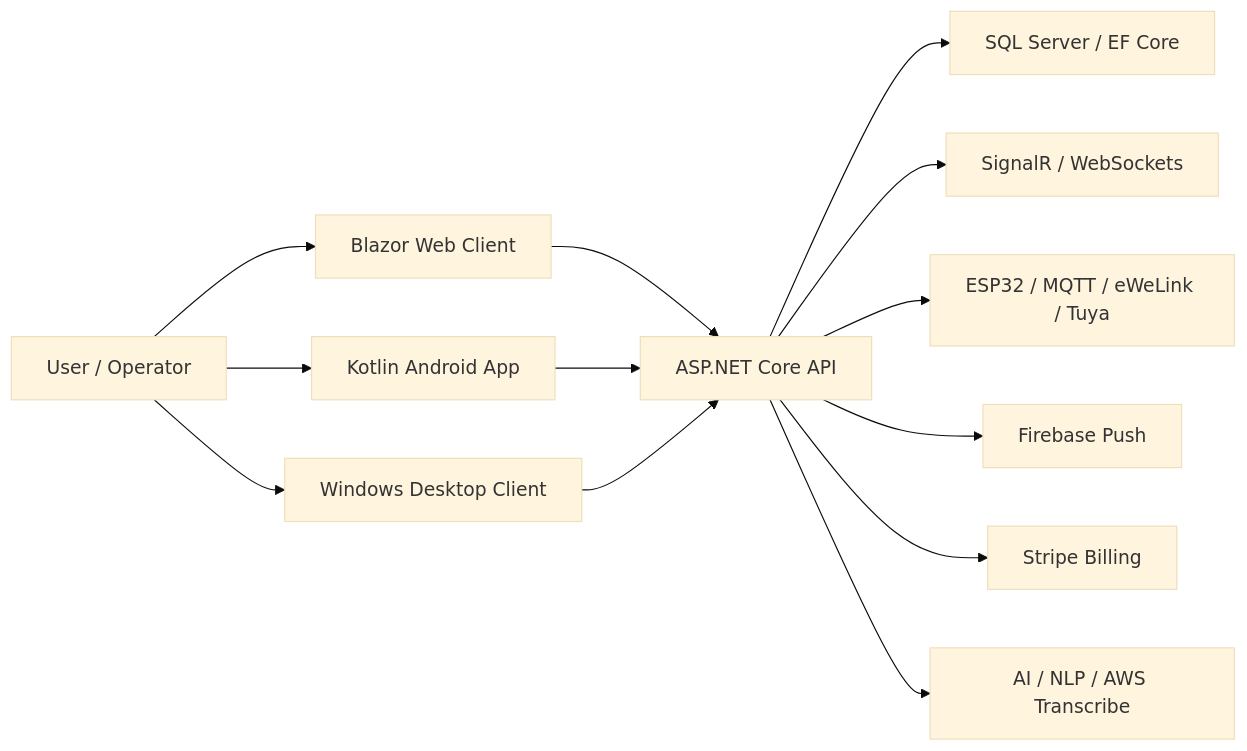
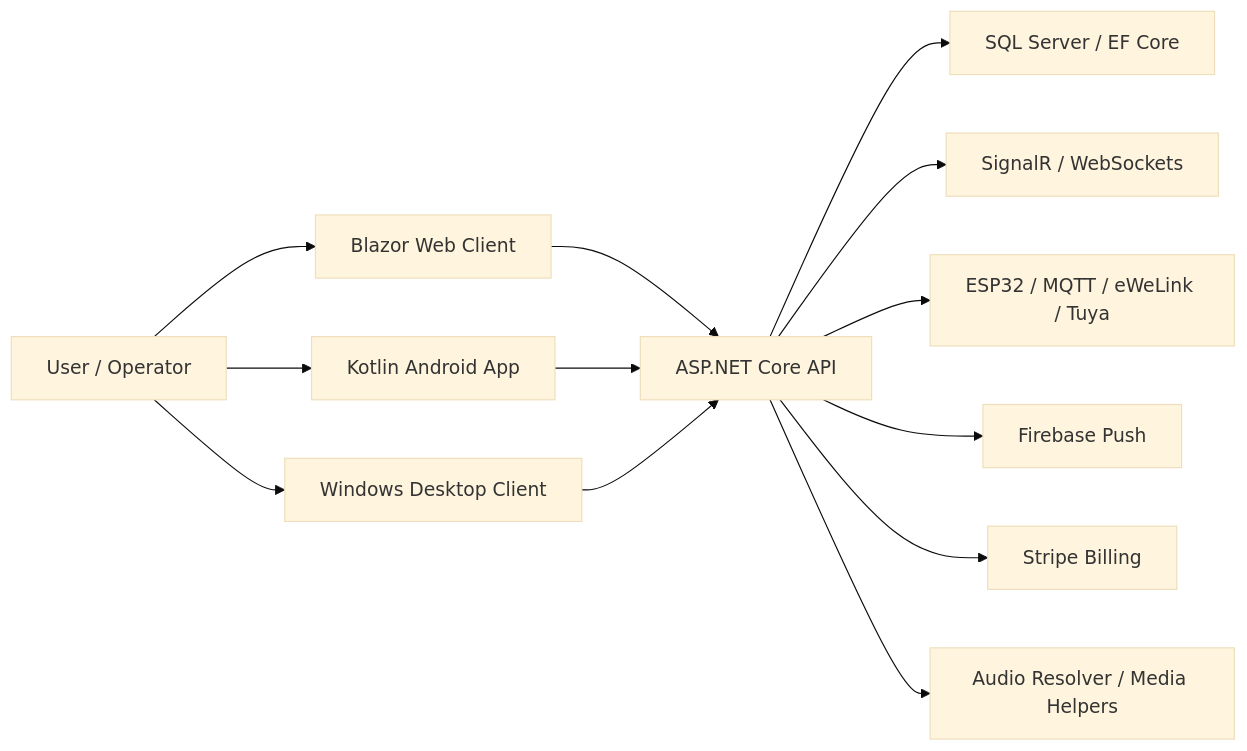
One commit to Starkaid01/StarkAidApi changed the diagram in README.md. Above: the diagram before and after it, drawn with Mermaid (base theme). The commit also changed other lines of this file and 94 other files, not shown here.

````diff
--- a/README.md
+++ b/README.md
@@ -165,17 +153,17 @@
 ```mermaid
 flowchart LR
     User["User / Operator"] --> Web["Blazor Web Client"]
     User --> Android["Kotlin Android App"]
     User --> Desktop["Windows Desktop Client"]
 
     Web --> Api["ASP.NET Core API"]
     Android --> Api
     Desktop --> Api
 
     Api --> Db["SQL Server / EF Core"]
     Api --> SignalR["SignalR / WebSockets"]
     Api --> Devices["ESP32 / MQTT / eWeLink / Tuya"]
     Api --> Firebase["Firebase Push"]
     Api --> Stripe["Stripe Billing"]
-    Api --> Ai["AI / NLP / AWS Transcribe"]
+    Api --> Audio["Audio Resolver / Media Helpers"]
 ```
````
